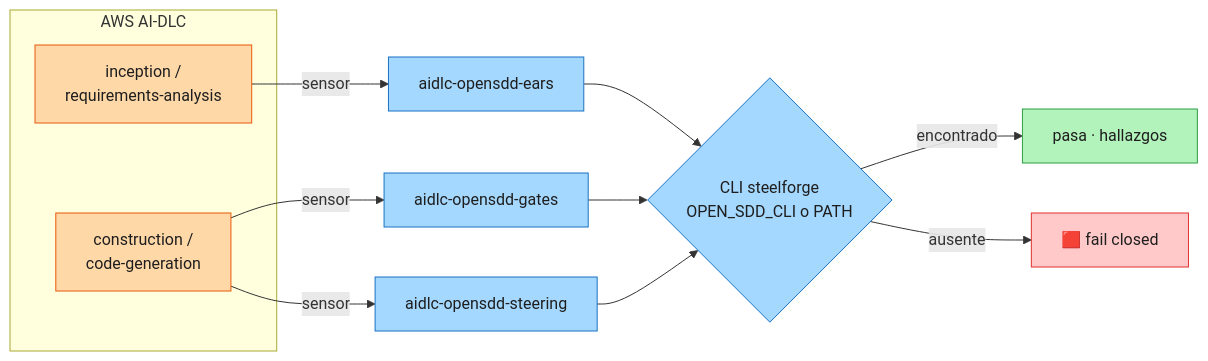
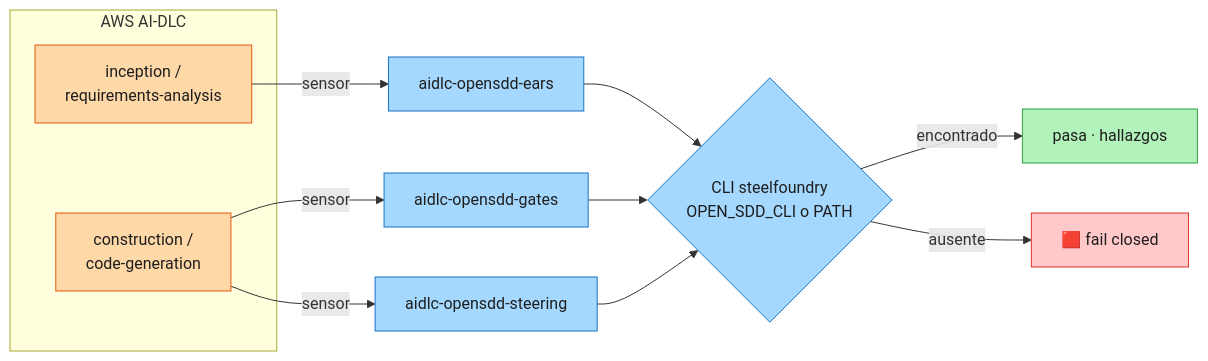
Before and after one commit to Brujo2020/OpenSDD: diagram 12 of 12 in README.es.md, drawn with Mermaid. The commit also changed other lines of this file and 465 other files, not shown here.

````diff
--- a/README.es.md
+++ b/README.es.md
@@ -431,21 +431,21 @@
 ```mermaid
 flowchart LR
   subgraph AIDLC["AWS AI-DLC"]
     IN["inception /<br/>requirements-analysis"]
     CO["construction /<br/>code-generation"]
   end
   IN -- sensor --> S1["aidlc-opensdd-ears"]
   CO -- sensor --> S2["aidlc-opensdd-gates"]
   CO -- sensor --> S3["aidlc-opensdd-steering"]
-  S1 & S2 & S3 --> CLI{"CLI steelforge<br/>OPEN_SDD_CLI o PATH"}
+  S1 & S2 & S3 --> CLI{"CLI steelfoundry<br/>OPEN_SDD_CLI o PATH"}
   CLI -- encontrado --> RES["pasa · hallazgos"]
   CLI -- ausente --> FC["🟥 fail closed"]
   classDef aw fill:#ffd8a8,stroke:#e8590c,color:#1e1e1e
   classDef s fill:#a5d8ff,stroke:#1971c2,color:#1e1e1e
   classDef ok fill:#b2f2bb,stroke:#2f9e44,color:#1e1e1e
   classDef bad fill:#ffc9c9,stroke:#e03131,color:#1e1e1e
   class IN,CO aw
   class S1,S2,S3,CLI s
   class RES ok
   class FC bad
 ```
````
